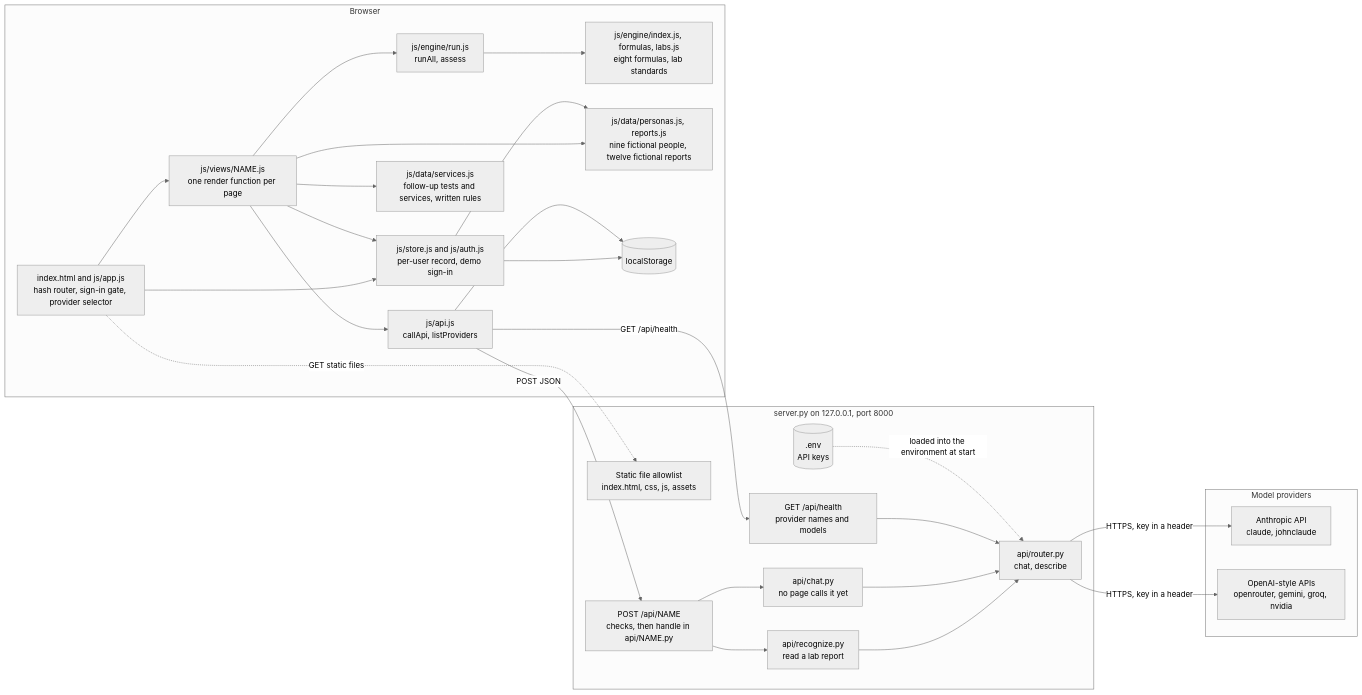
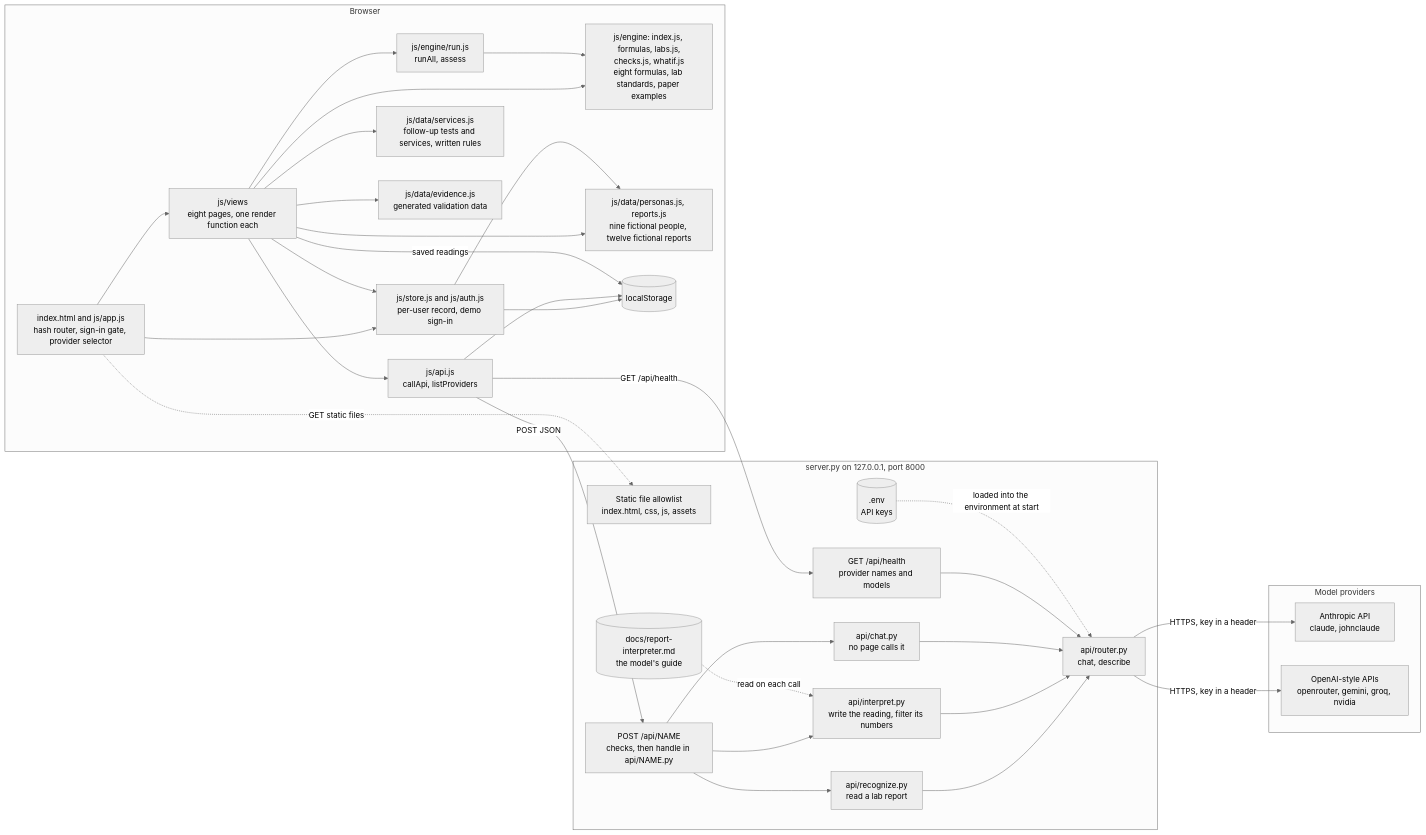
The second of 8 diagrams in docs/architecture.md (tingwei161803/unify-risk), drawn with Mermaid (neutral theme) before and after one commit. The commit also changed other lines of this file and 1 other file, not shown here.

First line of the commit message:
Bring the architecture overview up to date with main

````diff
--- a/docs/architecture.md
+++ b/docs/architecture.md
@@ -41,53 +49,62 @@
 ```mermaid
 flowchart LR
     subgraph BROWSER["Browser"]
         APP["index.html and js/app.js<br/>hash router, sign-in gate, provider selector"]
-        VIEWS["js/views/NAME.js<br/>one render function per page"]
+        VIEWS["js/views<br/>eight pages, one render function each"]
         STORE["js/store.js and js/auth.js<br/>per-user record, demo sign-in"]
         ENGINE["js/engine/run.js<br/>runAll, assess"]
-        FORMULAS["js/engine/index.js, formulas, labs.js<br/>eight formulas, lab standards"]
+        FORMULAS["js/engine: index.js, formulas, labs.js,<br/>checks.js, whatif.js<br/>eight formulas, lab standards, paper examples"]
         RULES["js/data/services.js<br/>follow-up tests and services, written rules"]
+        EVDATA["js/data/evidence.js<br/>generated validation data"]
         SAMPLES["js/data/personas.js, reports.js<br/>nine fictional people, twelve fictional reports"]
         APIJS["js/api.js<br/>callApi, listProviders"]
         LS[("localStorage")]
     end
 
     subgraph SERVER["server.py on 127.0.0.1, port 8000"]
         STATIC["Static file allowlist<br/>index.html, css, js, assets"]
         HEALTH["GET /api/health<br/>provider names and models"]
         DISPATCH["POST /api/NAME<br/>checks, then handle in api/NAME.py"]
         RECOGNIZE["api/recognize.py<br/>read a lab report"]
-        CHAT["api/chat.py<br/>no page calls it yet"]
+        INTERPRET["api/interpret.py<br/>write the reading, filter its numbers"]
+        GUIDE[("docs/report-interpreter.md<br/>the model's guide")]
+        CHAT["api/chat.py<br/>no page calls it"]
         ROUTER["api/router.py<br/>chat, describe"]
         ENV[(".env<br/>API keys")]
     end
 
     subgraph PROVIDERS["Model providers"]
         ANTHROPIC["Anthropic API<br/>claude, johnclaude"]
         OPENAI["OpenAI-style APIs<br/>openrouter, gemini, groq, nvidia"]
     end
 
     APP --> VIEWS
     APP --> STORE
     VIEWS --> STORE
     VIEWS --> ENGINE
+    VIEWS --> FORMULAS
     VIEWS --> RULES
+    VIEWS --> EVDATA
     VIEWS --> SAMPLES
     VIEWS --> APIJS
     ENGINE --> FORMULAS
     STORE --> SAMPLES
     STORE --> LS
     APIJS --> LS
+    VIEWS -- "saved readings" --> LS
 
     APP -. "GET static files" .-> STATIC
     APIJS -- "GET /api/health" --> HEALTH
     APIJS -- "POST JSON" --> DISPATCH
     DISPATCH --> RECOGNIZE
+    DISPATCH --> INTERPRET
     DISPATCH --> CHAT
+    GUIDE -. "read on each call" .-> INTERPRET
     RECOGNIZE --> ROUTER
+    INTERPRET --> ROUTER
     CHAT --> ROUTER
     HEALTH --> ROUTER
     ENV -. "loaded into the environment at start" .-> ROUTER
     ROUTER -- "HTTPS, key in a header" --> ANTHROPIC
     ROUTER -- "HTTPS, key in a header" --> OPENAI
 ```
````
